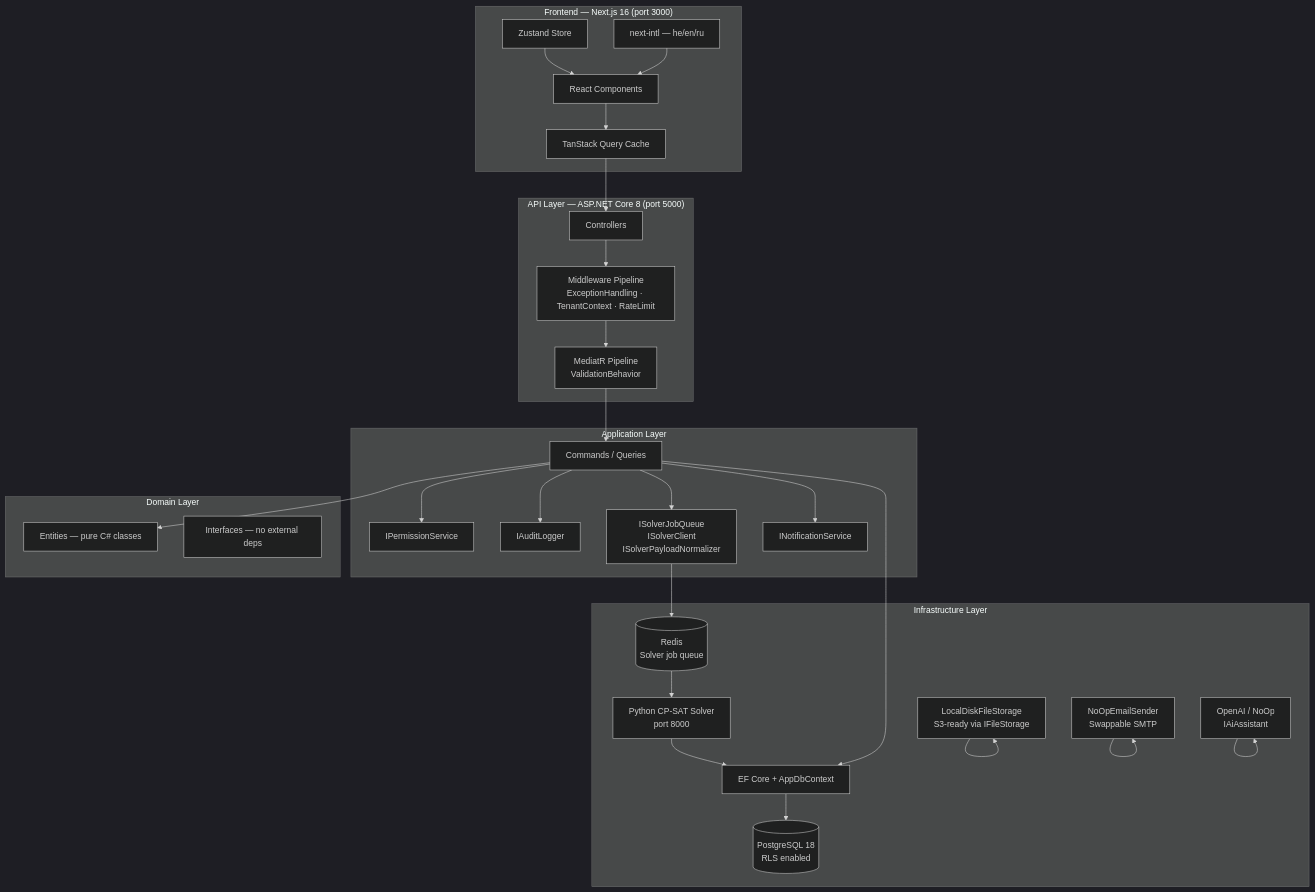
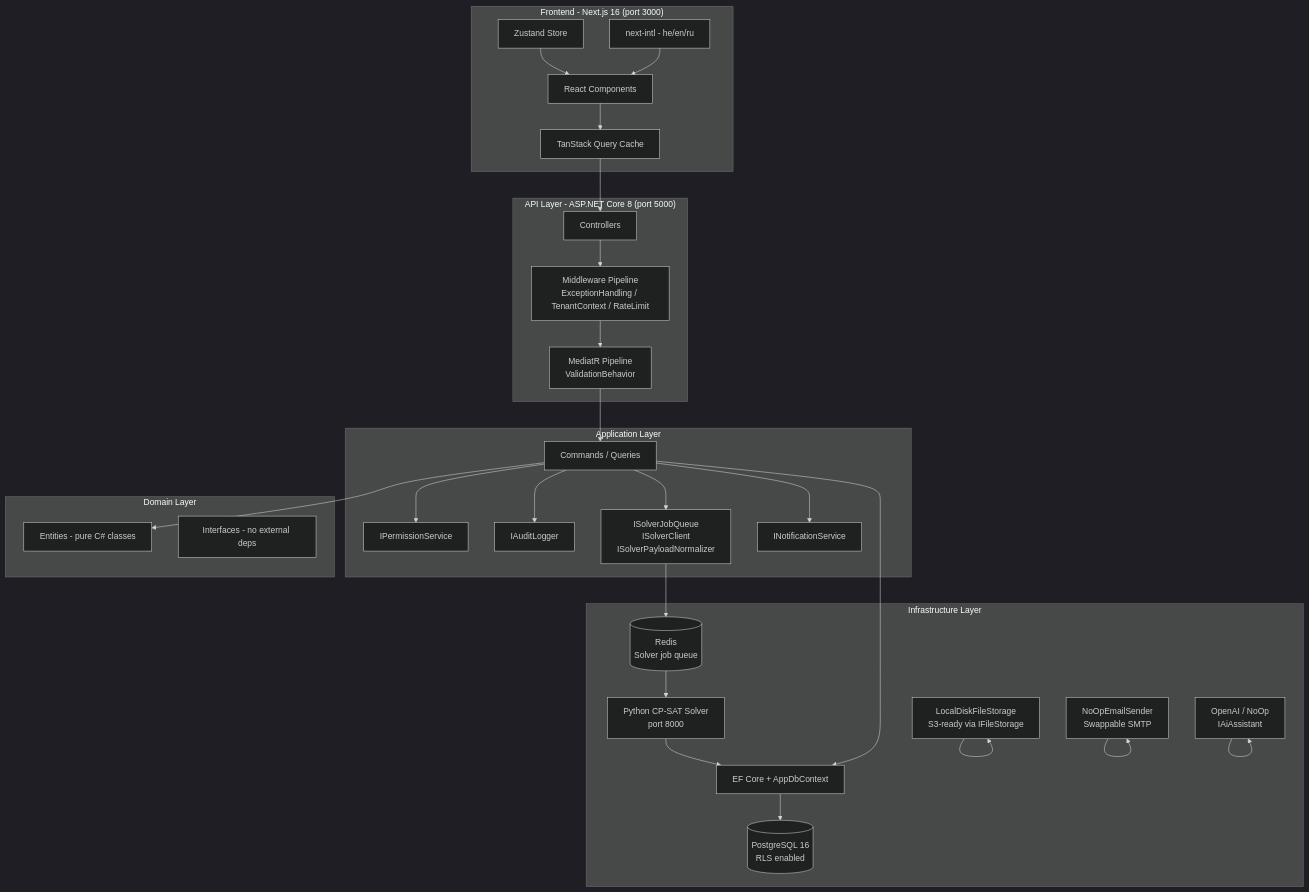
One commit to OfekItzhaki/Shifter changed the first of 3 diagrams in docs/ARCHITECTURE.md. Above: the diagram before and after it, drawn with Mermaid (dark theme). The commit also changed other lines of this file and 16 other files, not shown here.

````diff
--- a/docs/ARCHITECTURE.md
+++ b/docs/ARCHITECTURE.md
@@ -13,62 +13,62 @@
 ```mermaid
 graph TD
-    subgraph Frontend ["Frontend — Next.js 16 (port 3000)"]
+    subgraph Frontend ["Frontend - Next.js 16 (port 3000)"]
         UI[React Components]
         RQ[TanStack Query Cache]
         ZS[Zustand Store]
-        I18N[next-intl — he/en/ru]
+        I18N[next-intl - he/en/ru]
     end
 
-    subgraph API ["API Layer — ASP.NET Core 8 (port 5000)"]
+    subgraph API ["API Layer - ASP.NET Core 8 (port 5000)"]
         CTRL[Controllers]
-        MW[Middleware Pipeline\nExceptionHandling · TenantContext · RateLimit]
+        MW[Middleware Pipeline\nExceptionHandling / TenantContext / RateLimit]
         MED[MediatR Pipeline\nValidationBehavior]
     end
 
     subgraph Application ["Application Layer"]
         CMD[Commands / Queries]
         PERM[IPermissionService]
         AUDIT[IAuditLogger]
         SCHED[ISolverJobQueue\nISolverClient\nISolverPayloadNormalizer]
         NOTIF[INotificationService]
     end
 
     subgraph Domain ["Domain Layer"]
-        ENT[Entities — pure C# classes]
-        INTF[Interfaces — no external deps]
+        ENT[Entities - pure C# classes]
+        INTF[Interfaces - no external deps]
     end
 
     subgraph Infrastructure ["Infrastructure Layer"]
         EF[EF Core + AppDbContext]
-        PG[(PostgreSQL 18\nRLS enabled)]
+        PG[(PostgreSQL 16\nRLS enabled)]
         REDIS[(Redis\nSolver job queue)]
         SOLVER[Python CP-SAT Solver\nport 8000]
         STORE[LocalDiskFileStorage\nS3-ready via IFileStorage]
         EMAIL[NoOpEmailSender\nSwappable SMTP]
         AI[OpenAI / NoOp\nIAiAssistant]
     end
 
     UI --> RQ
     RQ --> CTRL
     ZS --> UI
     I18N --> UI
 
     CTRL --> MW
     MW --> MED
     MED --> CMD
     CMD --> PERM
     CMD --> AUDIT
     CMD --> SCHED
     CMD --> NOTIF
     CMD --> ENT
 
     SCHED --> REDIS
     REDIS --> SOLVER
     SOLVER --> EF
 
     CMD --> EF
     EF --> PG
     STORE --> STORE
     EMAIL --> EMAIL
     AI --> AI
 ```
````
